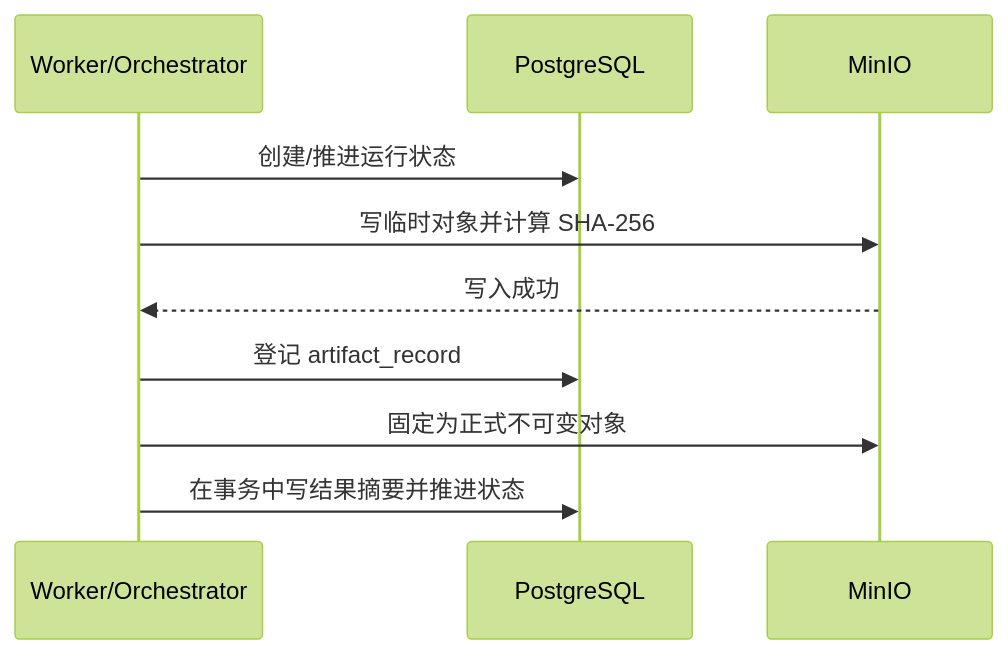
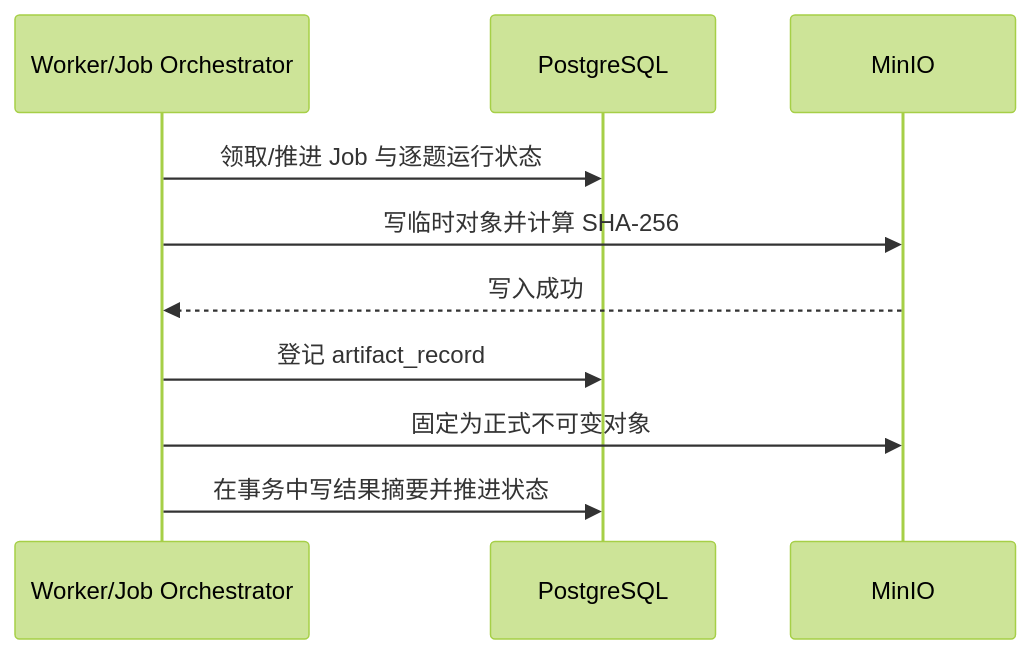
Before and after one commit to anphuchoang5-sys/agent-exam: the fourth of 4 diagrams in docs/architecture/DATA_MODEL.md, drawn with Mermaid (forest theme). The commit also changed other lines of this file and 14 other files, not shown here.

Commit message:
docs: finalize Harbor execution architecture

````diff
--- a/docs/architecture/DATA_MODEL.md
+++ b/docs/architecture/DATA_MODEL.md
@@ -350,13 +461,13 @@
 ```mermaid
 sequenceDiagram
-    participant W as Worker/Orchestrator
+    participant W as Worker/Job Orchestrator
     participant DB as PostgreSQL
     participant OBJ as MinIO
 
-    W->>DB: 创建/推进运行状态
+    W->>DB: 领取/推进 Job 与逐题运行状态
     W->>OBJ: 写临时对象并计算 SHA-256
     OBJ-->>W: 写入成功
     W->>DB: 登记 artifact_record
     W->>OBJ: 固定为正式不可变对象
     W->>DB: 在事务中写结果摘要并推进状态
 ```
````
